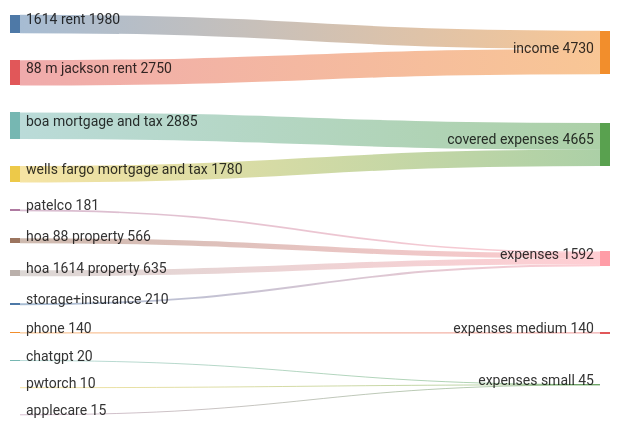
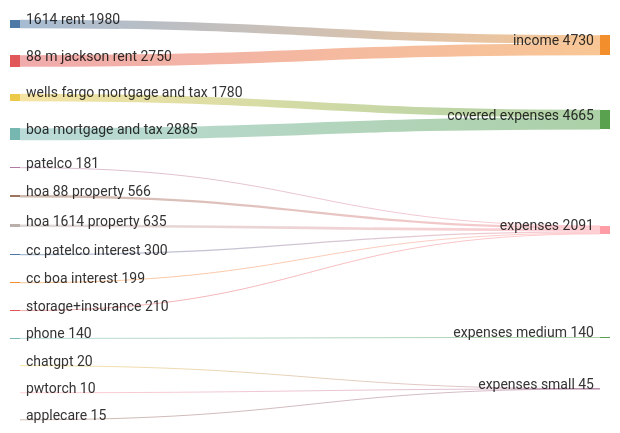
Before and after one commit to sarnobat/mermaid: the first of 12 diagrams in README.md, drawn with Mermaid.

Commit message:
Add new expense entries for cc and storage

````diff
--- a/README.md
+++ b/README.md
@@ -5,20 +5,22 @@
 ```mermaid
 ---
 config:
   sankey:
     showValues: true
 ---
 sankey-beta
 1614 rent,income,1980
 88 m jackson rent,income,2750
 boa mortgage and tax,covered expenses,2885
 wells fargo mortgage and tax,covered expenses,1780
 patelco,expenses,181
 hoa 88 property,expenses,566
 hoa 1614 property,expenses,635
+cc patelco interest,expenses,300
+cc boa interest,expenses,199
 storage+insurance,expenses,210
 phone,expenses medium,140
 chatgpt,expenses small,20
 pwtorch,expenses small,10
 applecare,expenses small,15
 ```
````
